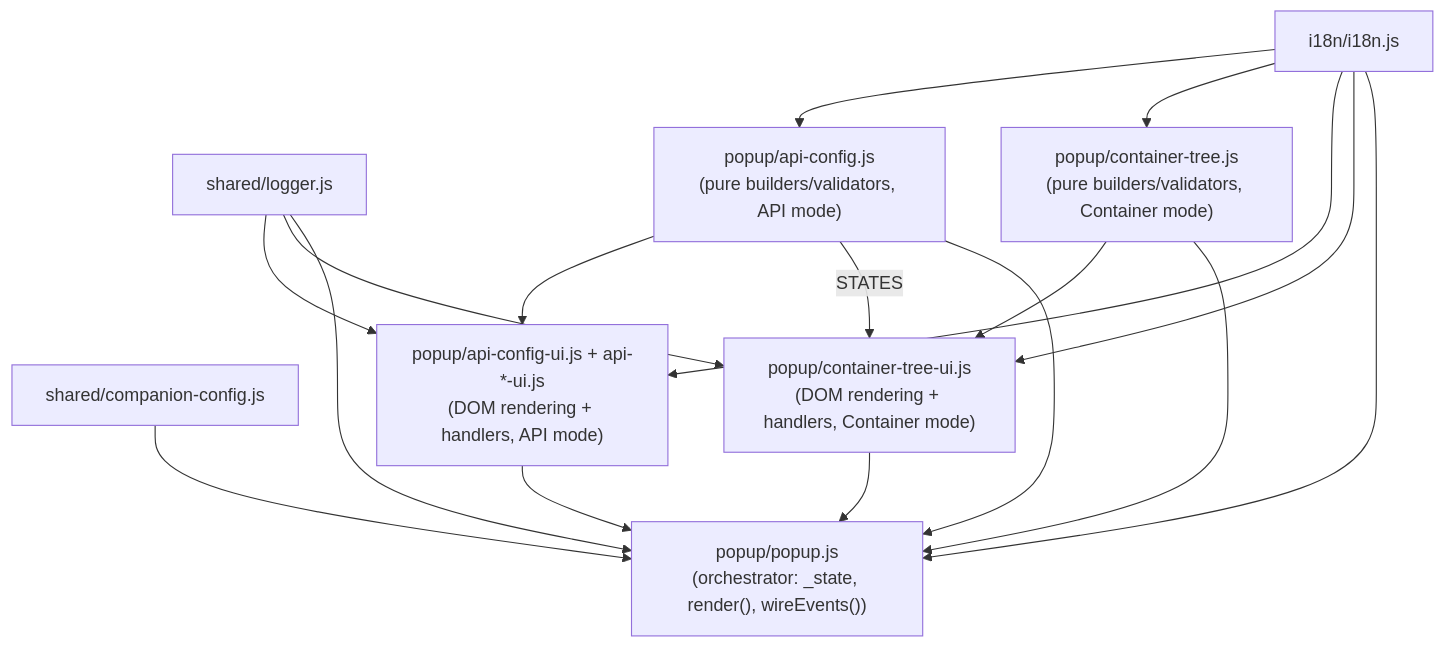
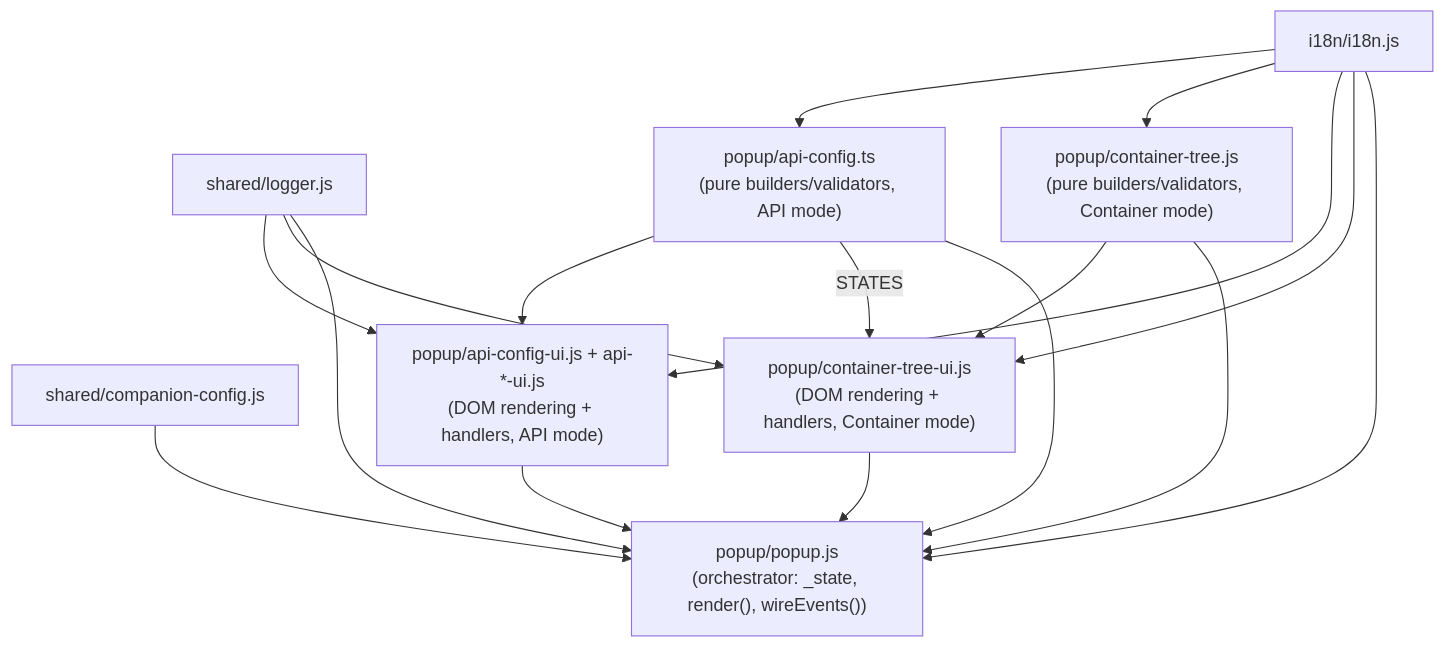
Before and after one commit to Aventinis/Scraping-Factory: the second of 7 diagrams in docs/ARCHITECTURE.md, drawn with Mermaid. The commit also changed other lines of this file and 3 other files, not shown here.

Commit message:
docs(extension): document the api-config conversion

````diff
--- a/docs/ARCHITECTURE.md
+++ b/docs/ARCHITECTURE.md
@@ -105,28 +105,28 @@
 ```mermaid
 flowchart TB
     logger["shared/logger.js"]
     i18n["i18n/i18n.js"]
     ccfg["shared/companion-config.js"]
-    apiCfg["popup/api-config.js\n(pure builders/validators, API mode)"]
+    apiCfg["popup/api-config.ts\n(pure builders/validators, API mode)"]
     ctree["popup/container-tree.js\n(pure builders/validators, Container mode)"]
     apiUi["popup/api-config-ui.js + api-*-ui.js\n(DOM rendering + handlers, API mode)"]
     ctreeUi["popup/container-tree-ui.js\n(DOM rendering + handlers, Container mode)"]
     popup["popup/popup.js\n(orchestrator: _state, render(), wireEvents())"]
 
     i18n --> apiCfg
     i18n --> ctree
     logger --> apiUi
     i18n --> apiUi
     apiCfg --> apiUi
     logger --> ctreeUi
     i18n --> ctreeUi
     apiCfg -->|STATES| ctreeUi
     ctree --> ctreeUi
     apiCfg --> popup
     ctree --> popup
     apiUi --> popup
     ctreeUi --> popup
     logger --> popup
     i18n --> popup
     ccfg --> popup
 ```
````
